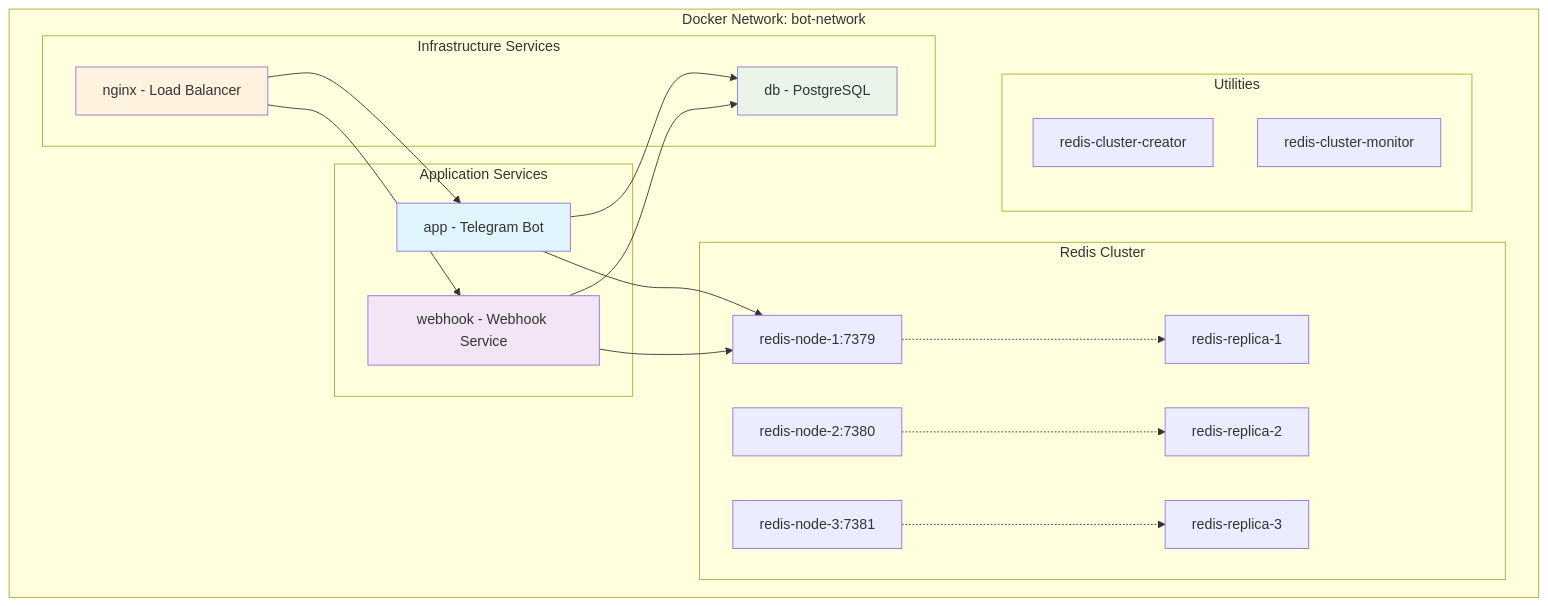
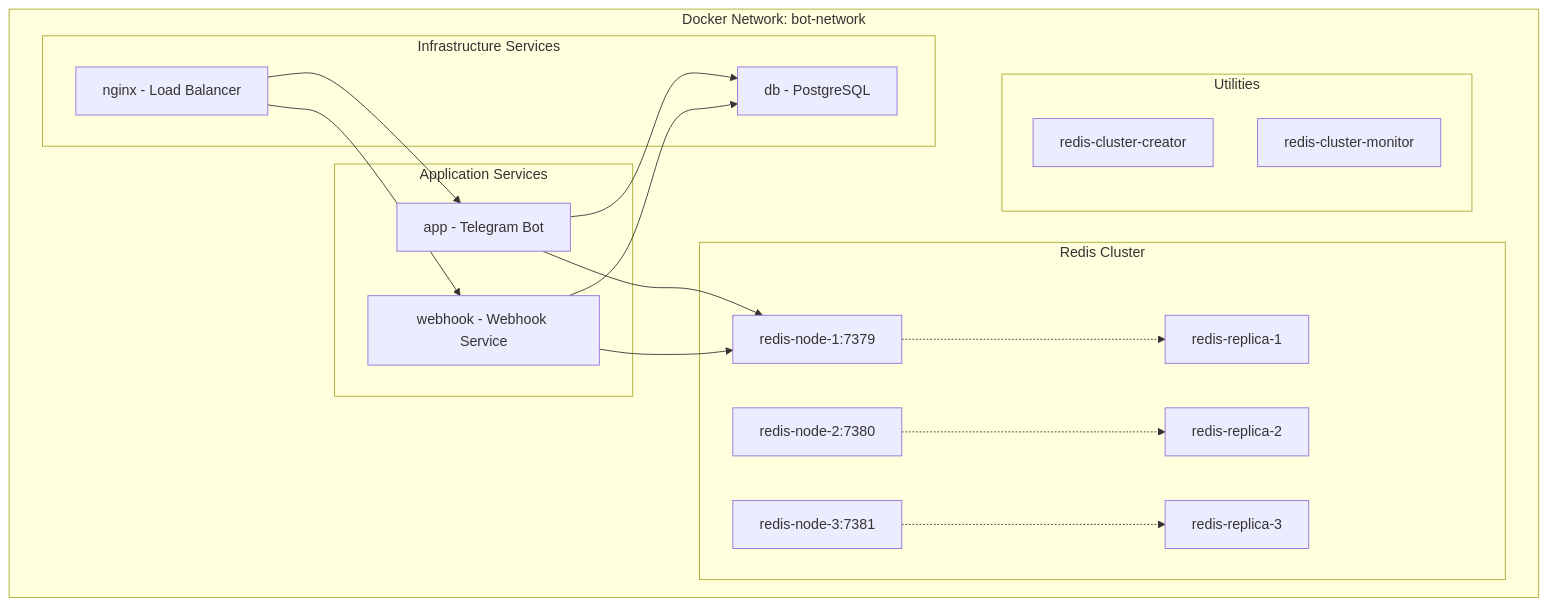
The sixth of 10 diagrams in README.md (neKamita/Mirza-Telegram-Shop-Bot), drawn with Mermaid before and after one commit. The commit also changed other lines of this file, not shown here.

````diff
--- a/README.md
+++ b/README.md
@@ -409,44 +396,40 @@
 ```mermaid
 graph TB
     subgraph "Docker Network: bot-network"
         subgraph "Application Services"
             APP[app - Telegram Bot]
             WEBHOOK[webhook - Webhook Service]
         end
 
         subgraph "Infrastructure Services"
             PG[db - PostgreSQL]
             NGINX[nginx - Load Balancer]
         end
 
         subgraph "Redis Cluster"
             R1[redis-node-1:7379]
             R2[redis-node-2:7380]
             R3[redis-node-3:7381]
             RR1[redis-replica-1]
             RR2[redis-replica-2]
             RR3[redis-replica-3]
         end
 
         subgraph "Utilities"
             RC[redis-cluster-creator]
             RM[redis-cluster-monitor]
         end
     end
 
     APP --> PG
     APP --> R1
     WEBHOOK --> PG
     WEBHOOK --> R1
     NGINX --> APP
     NGINX --> WEBHOOK
 
     R1 -.-> RR1
     R2 -.-> RR2
     R3 -.-> RR3
 
-    style APP fill:#e1f5fe
-    style WEBHOOK fill:#f3e5f5
-    style PG fill:#e8f5e8
-    style NGINX fill:#fff3e0
 ```
````
